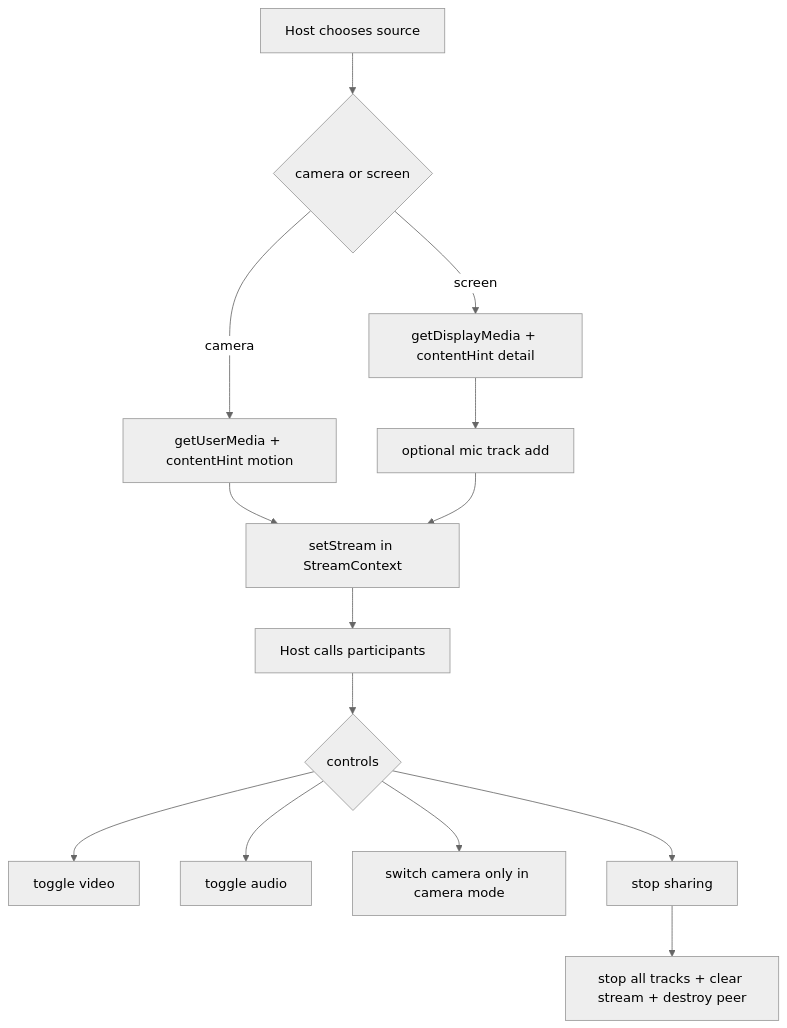
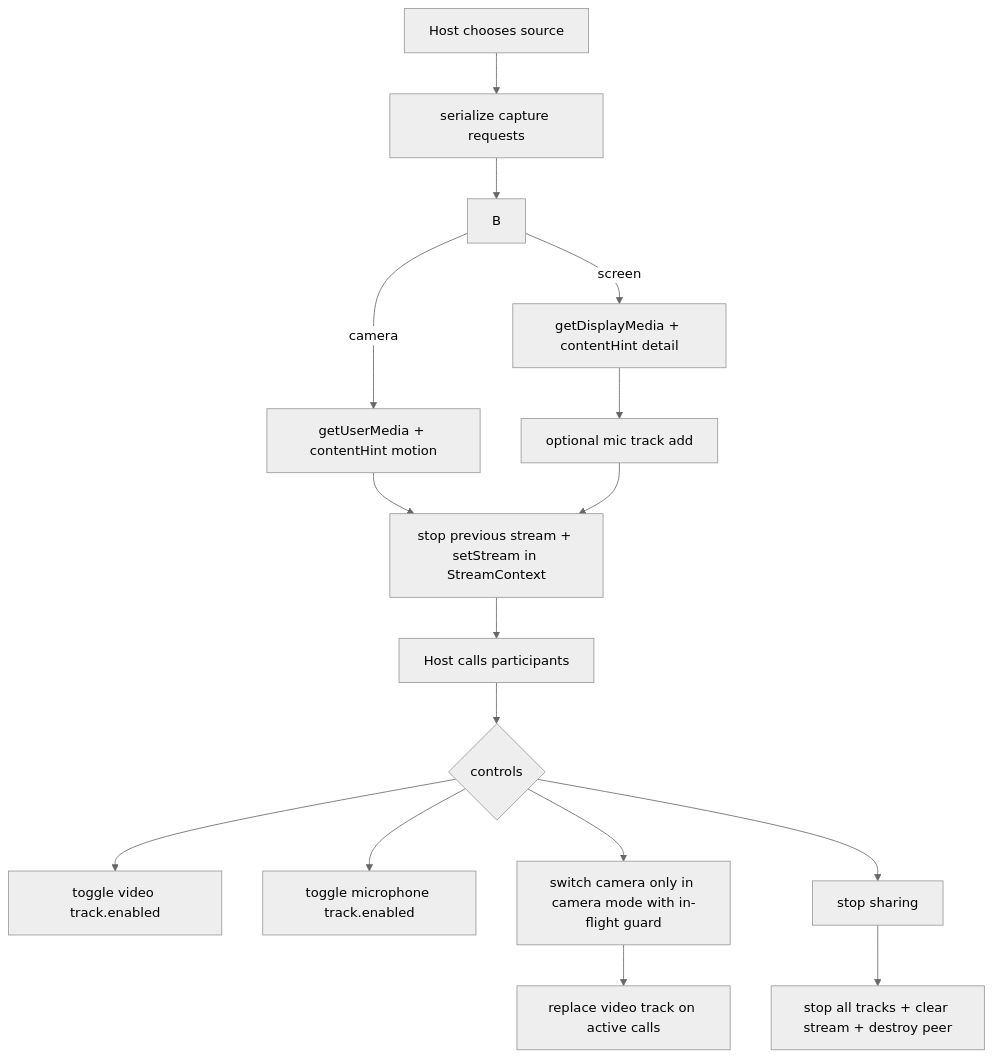
The fifth of 5 diagrams in ARCHITECTURE.md (BackGwa/Perspective), drawn with Mermaid (neutral theme) before and after one commit. The commit also changed other lines of this file, not shown here.

Commit message:
docs(architecture): reflect hardened session and media flows

````diff
--- a/ARCHITECTURE.md
+++ b/ARCHITECTURE.md
@@ -113,16 +119,18 @@
 ```mermaid
 flowchart TD
-    A[Host chooses source] --> B{camera or screen}
+    A[Host chooses source] --> A1[serialize capture requests]
+    A1 --> B
     B -->|camera| C[getUserMedia + contentHint motion]
     B -->|screen| D[getDisplayMedia + contentHint detail]
     D --> E[optional mic track add]
-    C --> F[setStream in StreamContext]
+    C --> F[stop previous stream + setStream in StreamContext]
     E --> F
     F --> G[Host calls participants]
     G --> H{controls}
-    H --> I[toggle video]
-    H --> J[toggle audio]
-    H --> K[switch camera only in camera mode]
+    H --> I[toggle video track.enabled]
+    H --> J[toggle microphone track.enabled]
+    H --> K[switch camera only in camera mode with in-flight guard]
+    K --> K1[replace video track on active calls]
     H --> L[stop sharing]
     L --> M[stop all tracks + clear stream + destroy peer]
 ```
````
